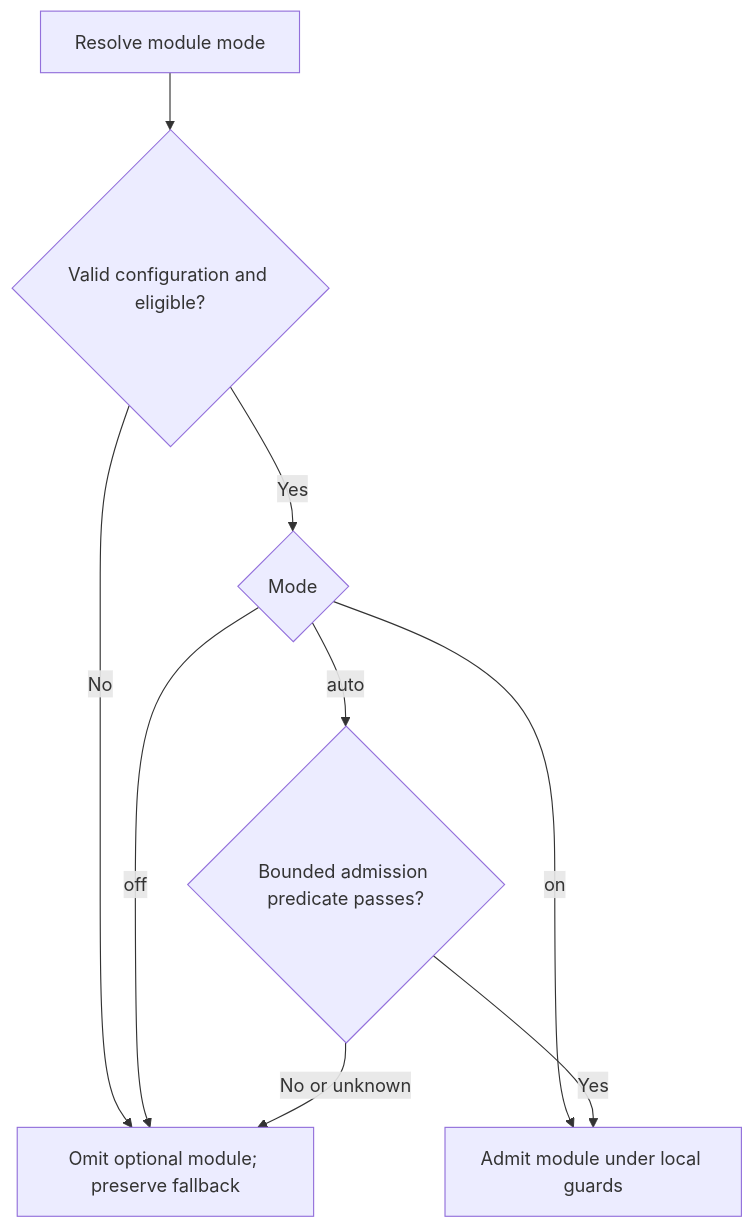
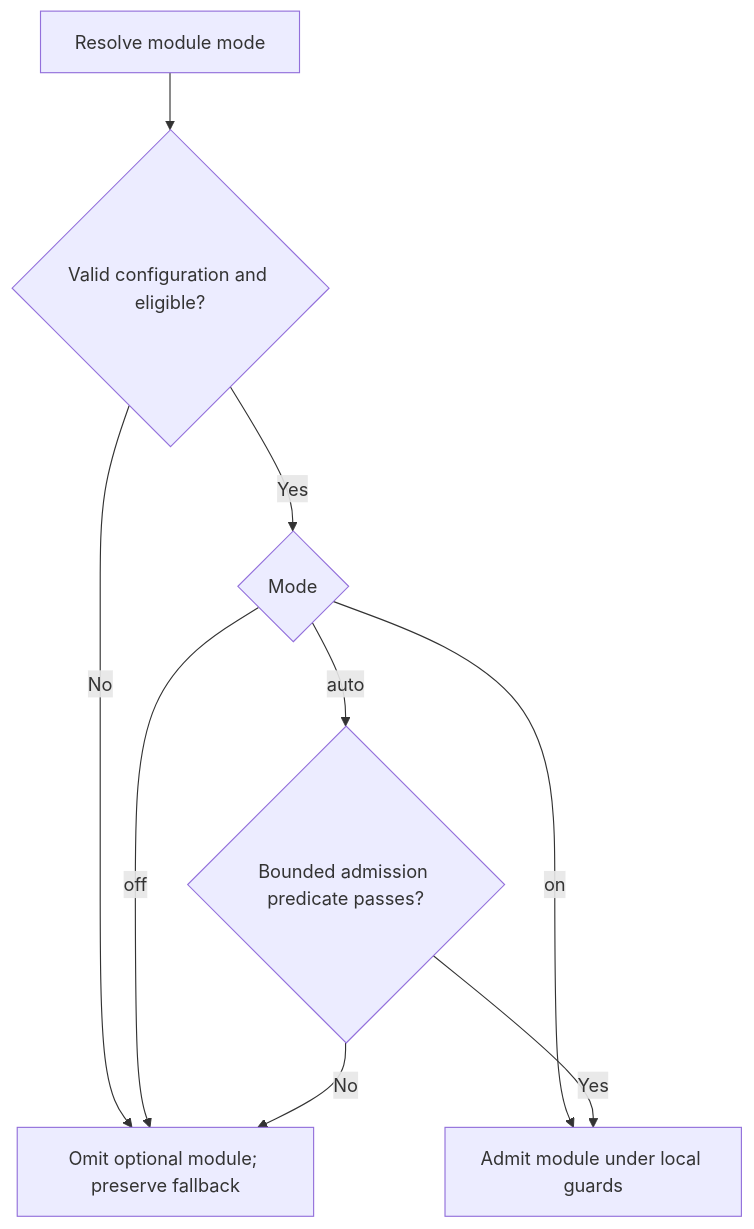
One commit to RyoSpiralArchitect/sr-dual-brain-llm changed the diagram in docs/module-gating.md. Above: the diagram before and after it, drawn with Mermaid. The commit also changed other lines of this file and 13 other files, not shown here.

````diff
--- a/docs/module-gating.md
+++ b/docs/module-gating.md
@@ -88,11 +88,11 @@
 ```mermaid
 flowchart TD
     A[Resolve module mode] --> B{Valid configuration and eligible?}
     B -->|No| F[Omit optional module; preserve fallback]
     B -->|Yes| C{Mode}
     C -->|off| F
     C -->|on| E[Admit module under local guards]
     C -->|auto| D{Bounded admission predicate passes?}
-    D -->|No or unknown| F
+    D -->|No| F
     D -->|Yes| E
 ```
````
